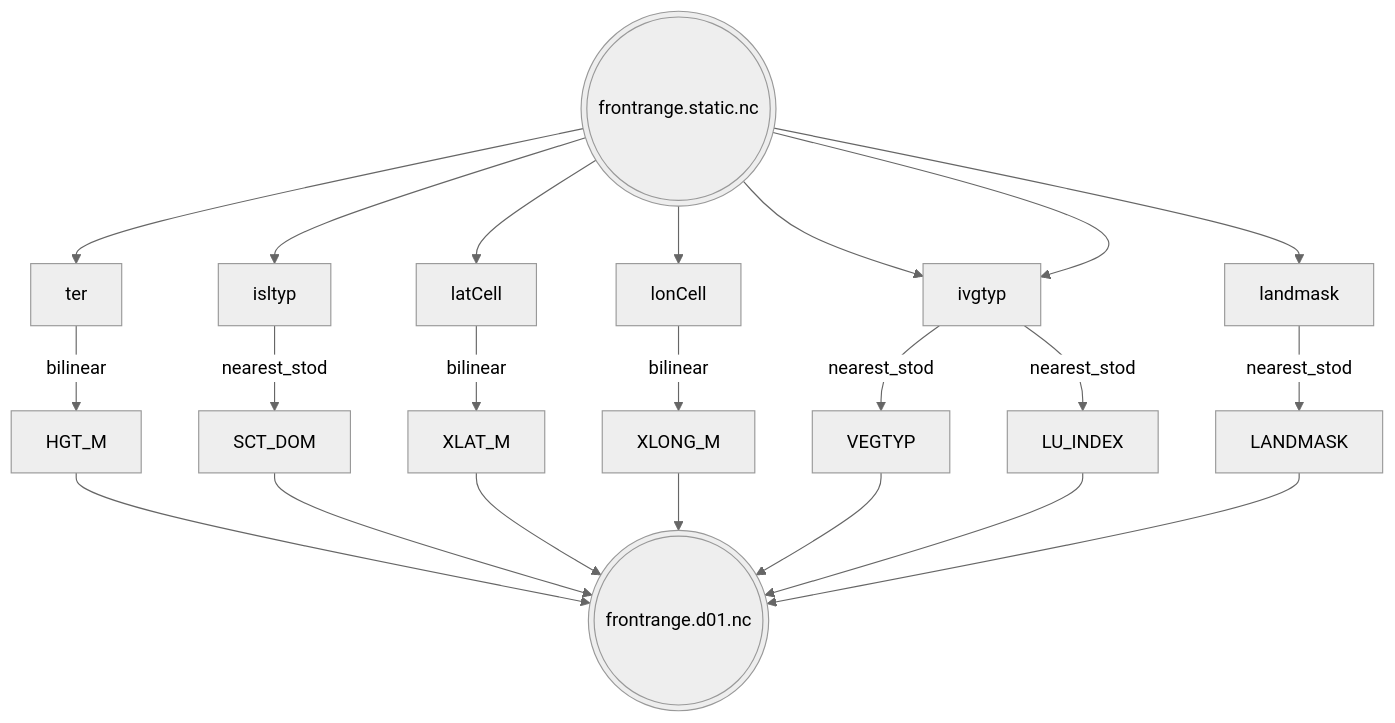
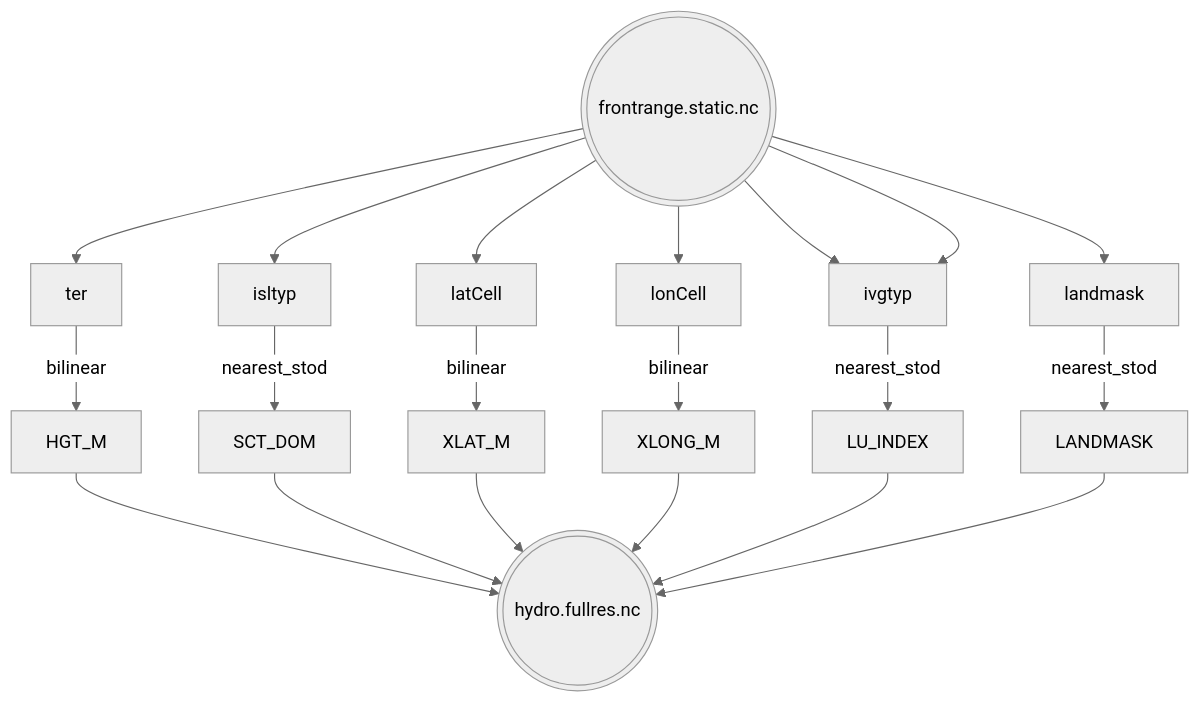
The first of 2 diagrams in README.md (NCAR/mpas-hydro), drawn with Mermaid (neutral theme) before and after one commit. The commit also changed other lines of this file, not shown here.

Commit message:
Updating, moving WRF-Hydro's nuopc coupled README here

````diff
--- a/README.md
+++ b/README.md
@@ -235,29 +358,27 @@
 ```mermaid
 flowchart TD
   frontrange(((frontrange.static.nc)))
-  d01(((frontrange.d01.nc)))
+  d01(((hydro.fullres.nc)))
   frontrange --> isltyp
   frontrange --> ivgtyp
   frontrange --> ivgtyp
   frontrange --> landmask
   frontrange --> ter
   frontrange --> latCell
   frontrange --> lonCell
 
   isltyp -- nearest_stod --> SCT_DOM
-  ivgtyp -- nearest_stod --> VEGTYP
   ivgtyp -- nearest_stod --> LU_INDEX
   landmask -- nearest_stod --> LANDMASK
   ter -- bilinear --> HGT_M
   latCell -- bilinear --> XLAT_M
   lonCell -- bilinear --> XLONG_M
 
   HGT_M --> d01
   SCT_DOM --> d01
   XLAT_M --> d01
   XLONG_M --> d01
-  VEGTYP --> d01
   LU_INDEX --> d01
   LANDMASK --> d01
 
 ```
````
